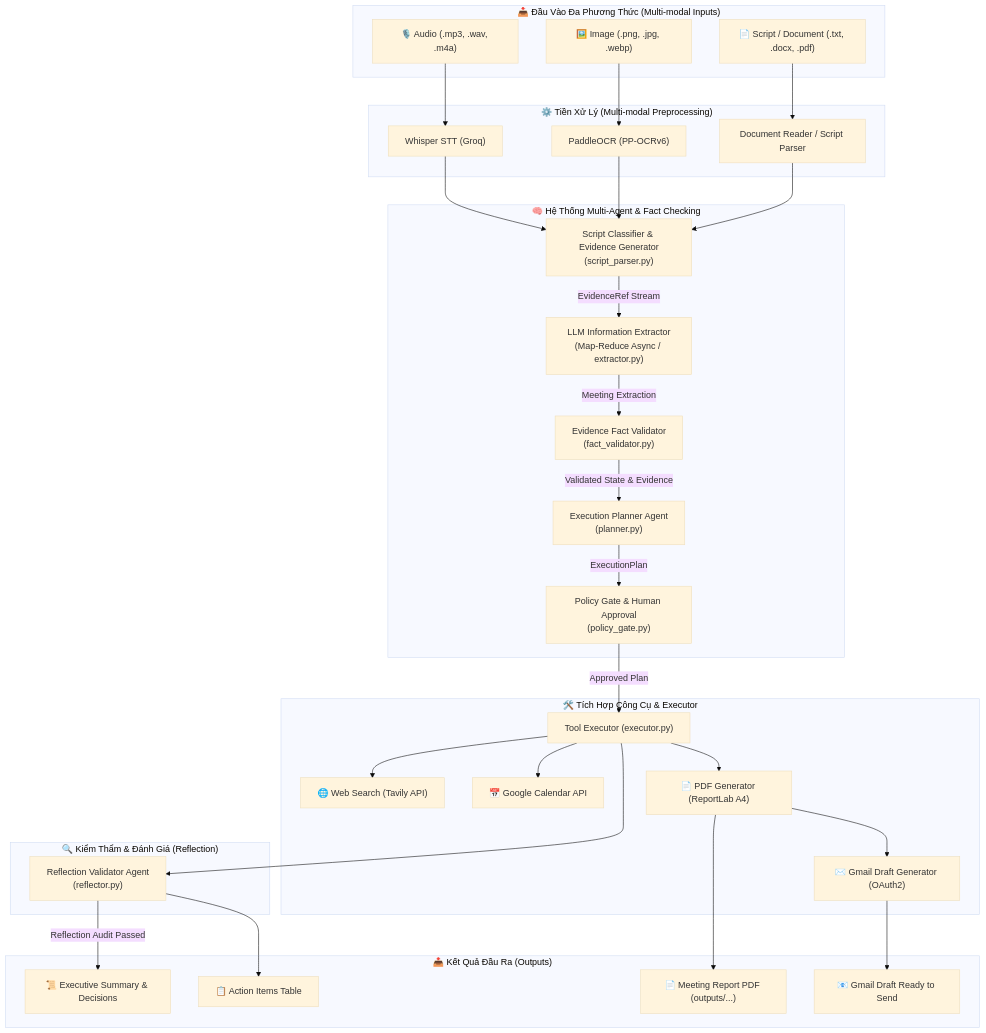
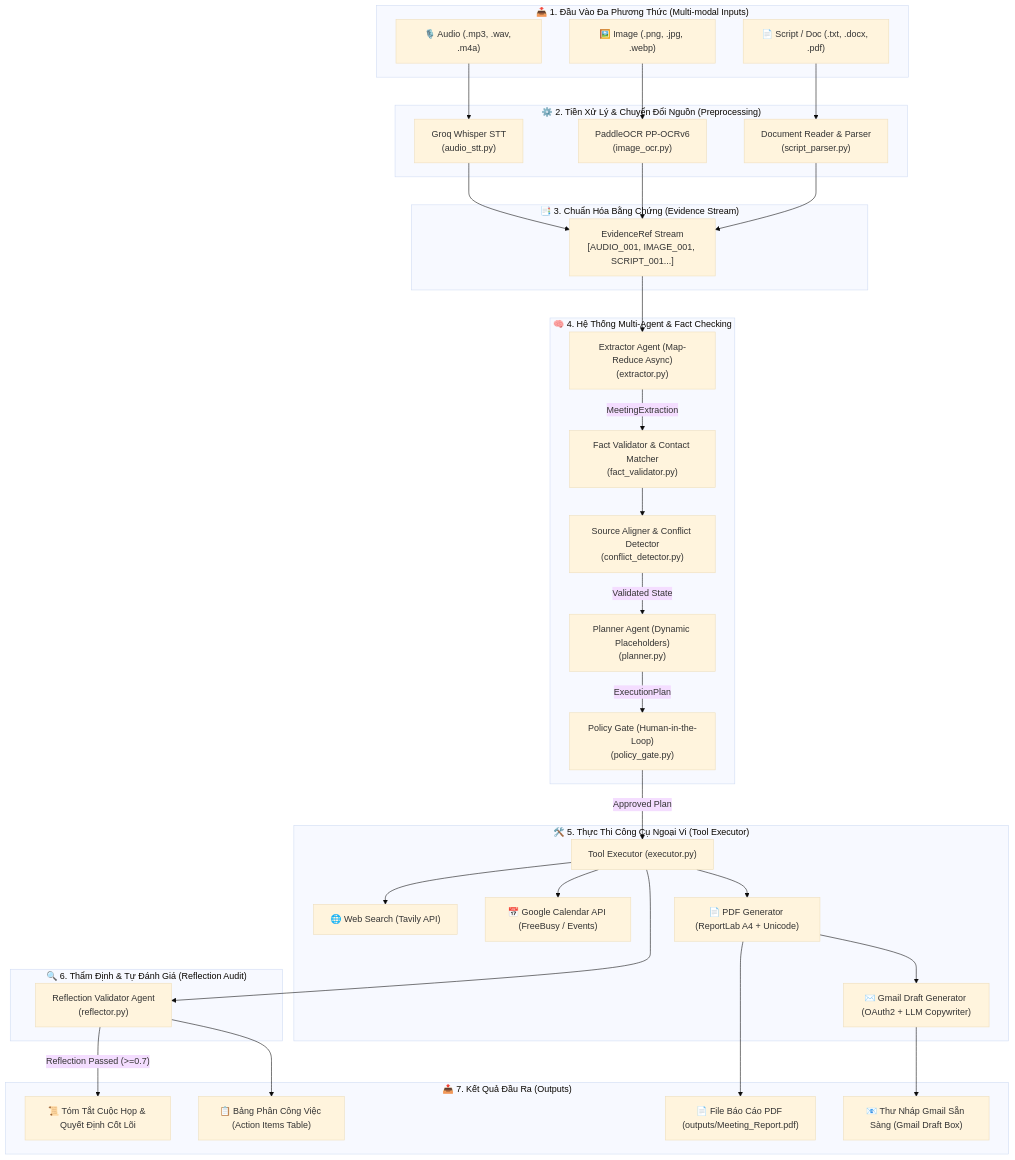
Before and after one commit to tutran27/multimodal-meeting-assistant: the first of 2 diagrams in README.md, drawn with Mermaid (base theme). The commit also changed other lines of this file and 29 other files, not shown here.

Commit message:
fix: fix email, calendar and test pipeline with script file. and continue is check with audio, image ....

````diff
--- a/README.md
+++ b/README.md
@@ -13,67 +41,72 @@
 ```mermaid
 flowchart TD
-    subgraph Inputs ["📥 Đầu Vào Đa Phương Thức (Multi-modal Inputs)"]
+    subgraph Inputs ["📥 1. Đầu Vào Đa Phương Thức (Multi-modal Inputs)"]
         A1["🎙️ Audio (.mp3, .wav, .m4a)"]
         A2["🖼️ Image (.png, .jpg, .webp)"]
-        A3["📄 Script / Document (.txt, .docx, .pdf)"]
+        A3["📄 Script / Doc (.txt, .docx, .pdf)"]
     end
 
-    subgraph Preprocessing ["⚙️ Tiền Xử Lý (Multi-modal Preprocessing)"]
-        B1["Whisper STT (Groq)"]
-        B2["PaddleOCR (PP-OCRv6)"]
-        B3["Document Reader / Script Parser"]
+    subgraph Preprocessing ["⚙️ 2. Tiền Xử Lý & Chuyển Đổi Nguồn (Preprocessing)"]
+        B1["Groq Whisper STT<br/>(audio_stt.py)"]
+        B2["PaddleOCR PP-OCRv6<br/>(image_ocr.py)"]
+        B3["Document Reader & Parser<br/>(script_parser.py)"]
     end
 
-    subgraph Agents ["🧠 Hệ Thống Multi-Agent & Fact Checking"]
-        C1["Script Classifier & Evidence Generator<br/>(script_parser.py)"]
-        C2["LLM Information Extractor<br/>(Map-Reduce Async / extractor.py)"]
-        C3["Evidence Fact Validator<br/>(fact_validator.py)"]
-        C4["Execution Planner Agent<br/>(planner.py)"]
-        C5["Policy Gate & Human Approval<br/>(policy_gate.py)"]
+    subgraph EvidenceLayer ["📑 3. Chuẩn Hóa Bằng Chứng (Evidence Stream)"]
+        C0["EvidenceRef Stream<br/>[AUDIO_001, IMAGE_001, SCRIPT_001...]"]
     end
 
-    subgraph ToolIntegrations ["🛠️ Tích Hợp Công Cụ & Executor"]
+    subgraph Agents ["🧠 4. Hệ Thống Multi-Agent & Fact Checking"]
+        C1["Extractor Agent (Map-Reduce Async)<br/>(extractor.py)"]
+        C2["Fact Validator & Contact Matcher<br/>(fact_validator.py)"]
+        C3["Source Aligner & Conflict Detector<br/>(conflict_detector.py)"]
+        C4["Planner Agent (Dynamic Placeholders)<br/>(planner.py)"]
+        C5["Policy Gate (Human-in-the-Loop)<br/>(policy_gate.py)"]
+    end
+
+    subgraph ToolExecutor ["🛠️ 5. Thực Thi Công Cụ Ngoại Vi (Tool Executor)"]
         D0["Tool Executor (executor.py)"]
         D1["🌐 Web Search (Tavily API)"]
-        D2["📅 Google Calendar API"]
-        D3["📄 PDF Generator (ReportLab A4)"]
-        D4["✉️ Gmail Draft Generator (OAuth2)"]
+        D2["📅 Google Calendar API (FreeBusy / Events)"]
+        D3["📄 PDF Generator (ReportLab A4 + Unicode)"]
+        D4["✉️ Gmail Draft Generator (OAuth2 + LLM Copywriter)"]
     end
 
-    subgraph Audit ["🔍 Kiểm Thẩm & Đánh Giá (Reflection)"]
+    subgraph Reflection ["🔍 6. Thẩm Định & Tự Đánh Giá (Reflection Audit)"]
         E0["Reflection Validator Agent<br/>(reflector.py)"]
     end
 
-    subgraph Outputs ["📤 Kết Quả Đầu Ra (Outputs)"]
-        F1["📜 Executive Summary & Decisions"]
-        F2["📋 Action Items Table"]
-        F3["📄 Meeting Report PDF (outputs/...)"]
-        F4["📧 Gmail Draft Ready to Send"]
+    subgraph Outputs ["📤 7. Kết Quả Đầu Ra (Outputs)"]
+        F1["📜 Tóm Tắt Cuộc Họp & Quyết Định Cốt Lõi"]
+        F2["📋 Bảng Phân Công Việc (Action Items Table)"]
+        F3["📄 File Báo Cáo PDF (outputs/Meeting_Report.pdf)"]
+        F4["📧 Thư Nháp Gmail Sẵn Sàng (Gmail Draft Box)"]
     end
 
     %% Pipeline Connections
     A1 --> B1
     A2 --> B2
     A3 --> B3
 
-    B1 --> C1
-    B2 --> C1
-    B3 --> C1
+    B1 --> C0
+    B2 --> C0
+    B3 --> C0
 
-    C1 -->|"EvidenceRef Stream"| C2
-    C2 -->|"Meeting Extraction"| C3
-    C3 -->|"Validated State & Evidence"| C4
+    C0 --> C1
+    C1 -->|"MeetingExtraction"| C2
+    C2 --> C3
+    C3 -->|"Validated State"| C4
     C4 -->|"ExecutionPlan"| C5
     C5 -->|"Approved Plan"| D0
 
     D0 --> D1
     D0 --> D2
     D0 --> D3
     D3 --> D4
 
     D0 --> E0
-    E0 -->|"Reflection Audit Passed"| F1
+    E0 -->|"Reflection Passed (>=0.7)"| F1
     E0 --> F2
     D3 --> F3
     D4 --> F4
 ```
````
